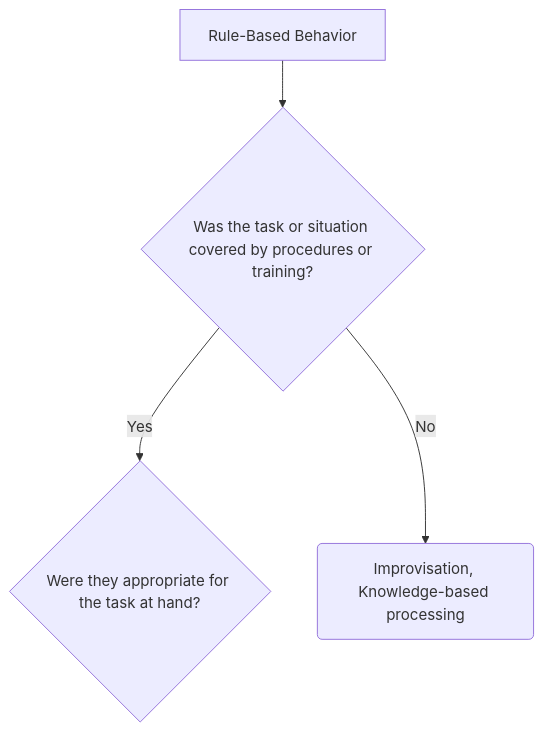
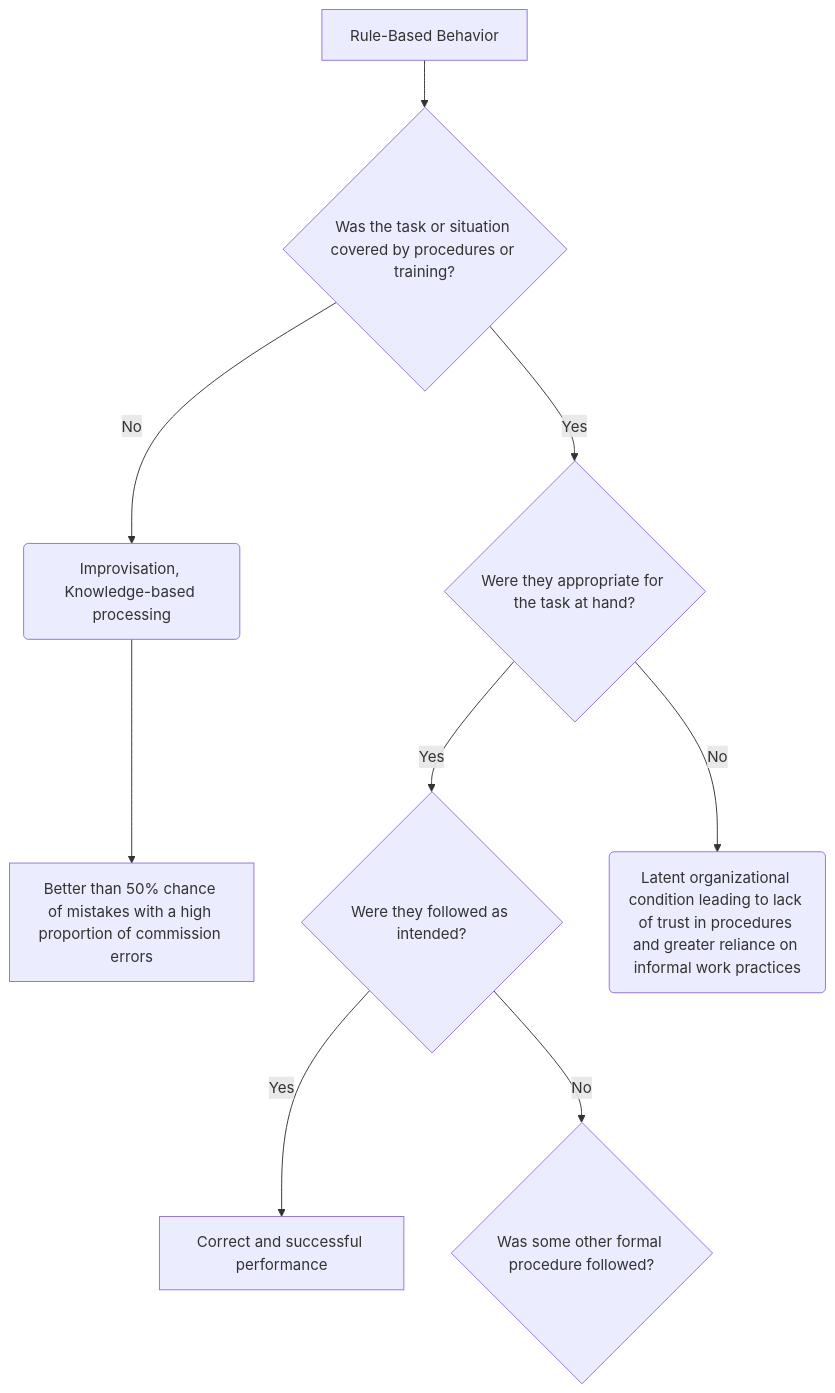
Before and after one commit to SMGarciaDBA/Regulatory-Systems-Lab: the diagram in models/reason-rule-behavior.md, drawn with Mermaid.

````diff
--- a/models/reason-rule-behavior.md
+++ b/models/reason-rule-behavior.md
@@ -1,7 +1,18 @@
 ```mermaid
 flowchart TD
 A[Rule-Based Behavior] --> B{Was the task or situation covered by procedures or training?}
 
 B --> |Yes| C{Were they appropriate for the task at hand?}
-B --> |No| D(Improvisation, Knowledge-based processing) 
+B --> |No| D(Improvisation, Knowledge-based processing)
+D --> E[Better than 50% chance of mistakes with a high proportion of commission errors]
+
+C --> |Yes| F{Were they followed as intended?}
+C --> |No| G(Latent organizational condition leading to lack of trust in procedures and greater reliance on informal work practices)
+
+F --> |Yes| H[Correct and successful performance]
+F --> |No| I{Was some other formal procedure followed?}
+
+
+
+
 ```
````
